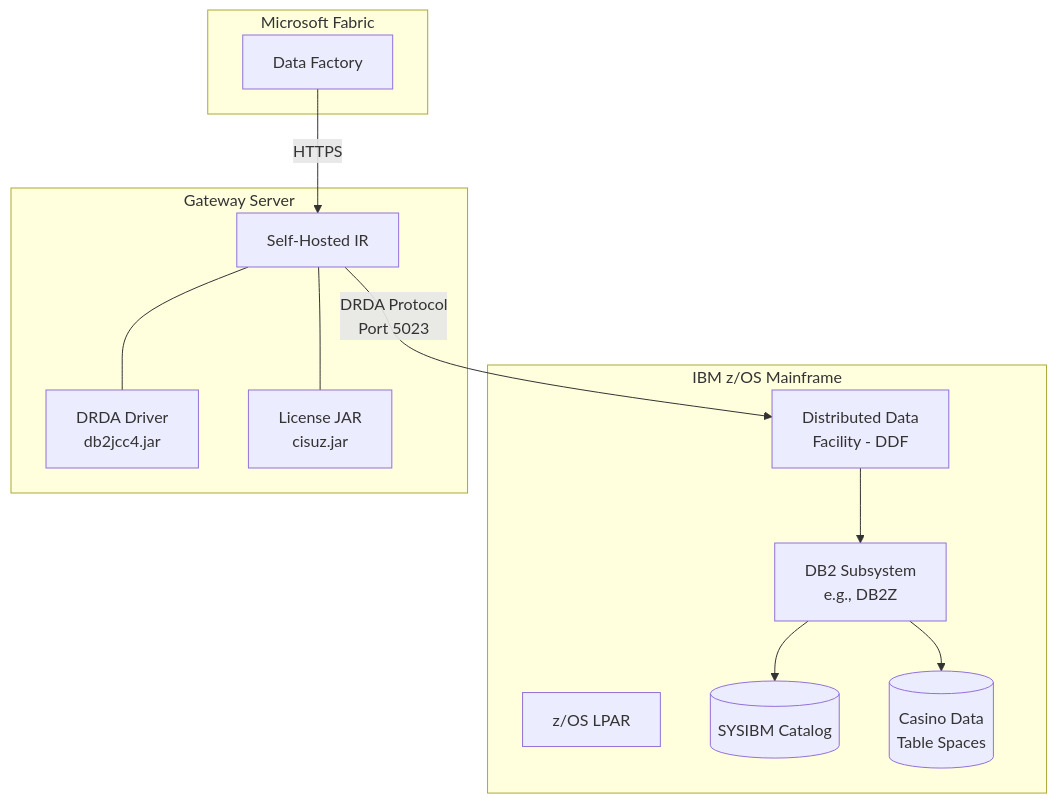
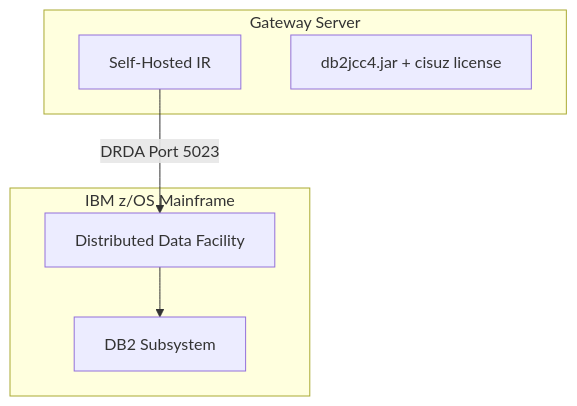
The seventh of 8 diagrams in tutorials/25-ibm-db2-source/README.md (fgarofalo56/Supercharge_Microsoft_Fabric), drawn with Mermaid before and after one commit. The commit also changed other lines of this file and 3 other files, not shown here.

````diff
--- a/tutorials/25-ibm-db2-source/README.md
+++ b/tutorials/25-ibm-db2-source/README.md
@@ -1436,28 +728,12 @@
 ```mermaid
 flowchart TB
-    subgraph Mainframe["IBM z/OS Mainframe"]
-        LPAR[z/OS LPAR]
-        DB2SS[DB2 Subsystem<br/>e.g., DB2Z]
-        DDF[Distributed Data<br/>Facility - DDF]
-        CATALOG[(SYSIBM Catalog)]
-        DATA[(Casino Data<br/>Table Spaces)]
+    subgraph MF["IBM z/OS Mainframe"]
+        DB2SS[DB2 Subsystem]
+        DDF[Distributed Data Facility]
     end
-
-    subgraph Gateway["Gateway Server"]
-        SHIR2[Self-Hosted IR]
-        DRDA_DRV[DRDA Driver<br/>db2jcc4.jar]
-        LICENSE[License JAR<br/>cisuz.jar]
+    subgraph GW2["Gateway Server"]
+        SHIR3[Self-Hosted IR]
+        DRV[db2jcc4.jar + cisuz license]
     end
-
-    subgraph Fabric2["Microsoft Fabric"]
-        ADF2[Data Factory]
-    end
-
-    SHIR2 -->|DRDA Protocol<br/>Port 5023| DDF
-    DDF --> DB2SS
-    DB2SS --> CATALOG
-    DB2SS --> DATA
-    SHIR2 --- DRDA_DRV
-    SHIR2 --- LICENSE
-    ADF2 -->|HTTPS| SHIR2
+    SHIR3 -->|DRDA Port 5023| DDF --> DB2SS
 ```
````
